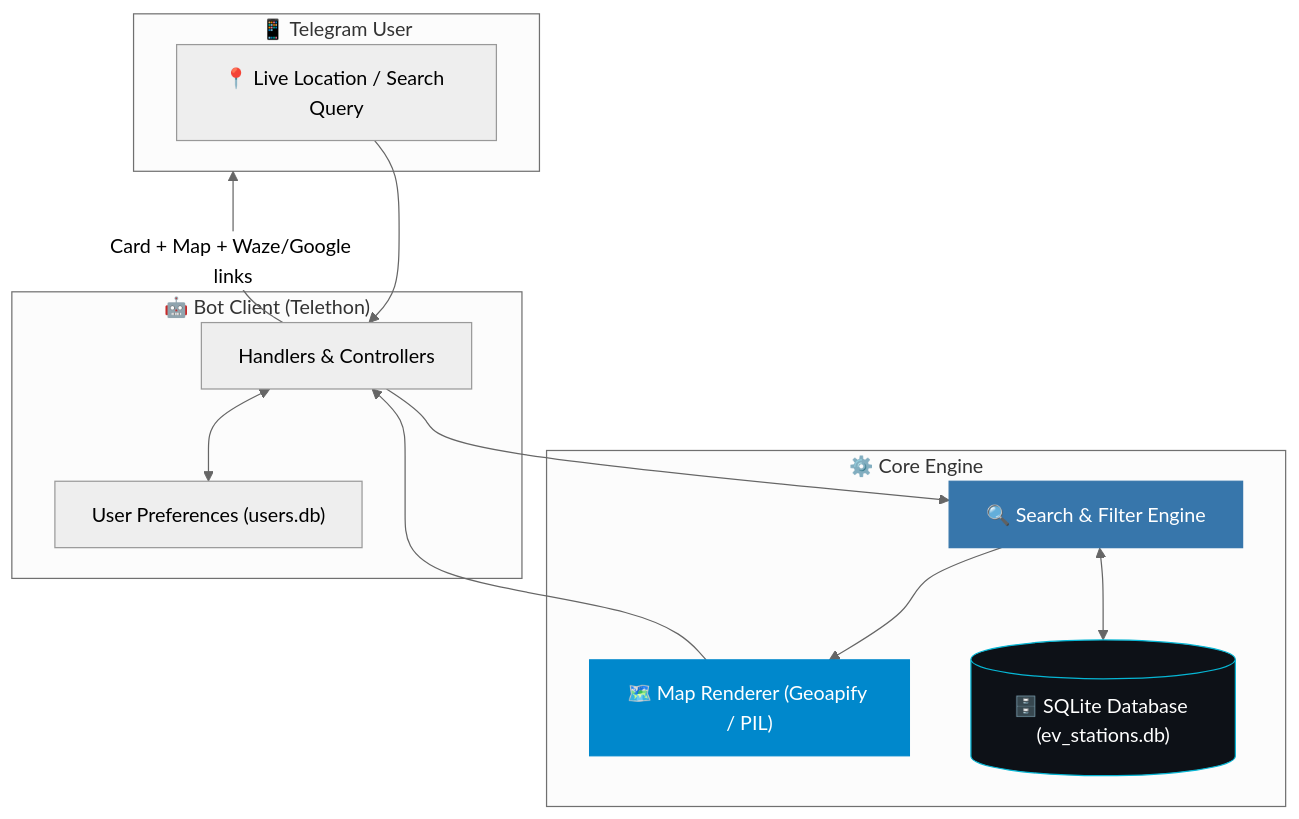
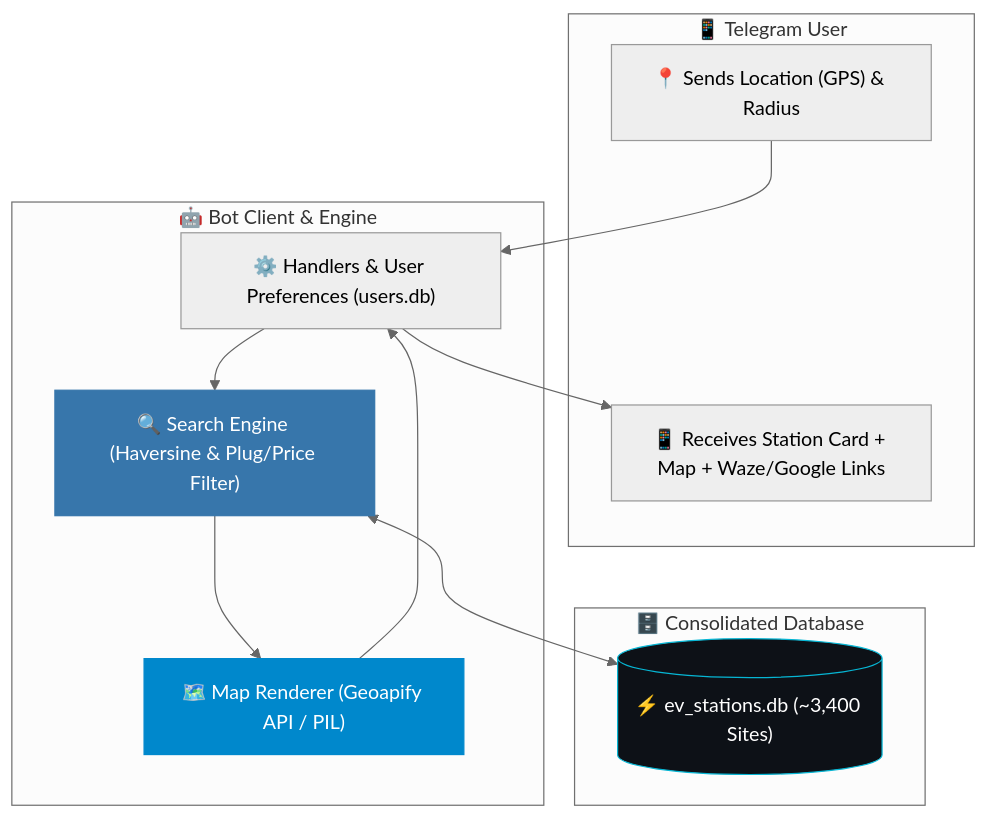
The diagram in README.md (Omer-Dahan/EV_Charging), drawn with Mermaid (neutral theme) before and after one commit. The commit also changed other lines of this file and 1 other file, not shown here.

Commit message:
docs: remove search flow section and update architecture diagram in README files

````diff
--- a/README.md
+++ b/README.md
@@ -125,29 +123,28 @@
 ```mermaid
-graph TD
+flowchart TD
     subgraph USER["📱 Telegram User"]
-        GPS["📍 Live Location / Search Query"]
+        GPS["📍 Sends Location (GPS) & Radius"]
+        OUT["📱 Receives Station Card + Map + Waze/Google Links"]
     end
 
-    subgraph BOT["🤖 Bot Client (Telethon)"]
-        H["Handlers & Controllers"]
-        S["User Preferences (users.db)"]
+    subgraph BOT["🤖 Bot Client & Engine"]
+        H["⚙️ Handlers & User Preferences (users.db)"]
+        SRCH["🔍 Search Engine (Haversine & Plug/Price Filter)"]
+        MAP["🗺️ Map Renderer (Geoapify API / PIL)"]
     end
 
-    subgraph ENGINE["⚙️ Core Engine"]
-        SRCH["🔍 Search & Filter Engine"]
-        MAP["🗺️ Map Renderer (Geoapify / PIL)"]
-        DB[("🗄️ SQLite Database (ev_stations.db)")]
+    subgraph DATA["🗄️ Consolidated Database"]
+        DB[("⚡ ev_stations.db (~3,400 Sites)")]
     end
 
     GPS --> H
-    H <--> S
     H --> SRCH
     SRCH <--> DB
     SRCH --> MAP
     MAP --> H
-    H -->|"Card + Map + Waze/Google links"| USER
+    H --> OUT
 
     style DB fill:#0D1117,stroke:#06B6D4,color:#fff
     style MAP fill:#0088CC,stroke:#0088CC,color:#fff
     style SRCH fill:#3776AB,stroke:#3776AB,color:#fff
 ```
````
